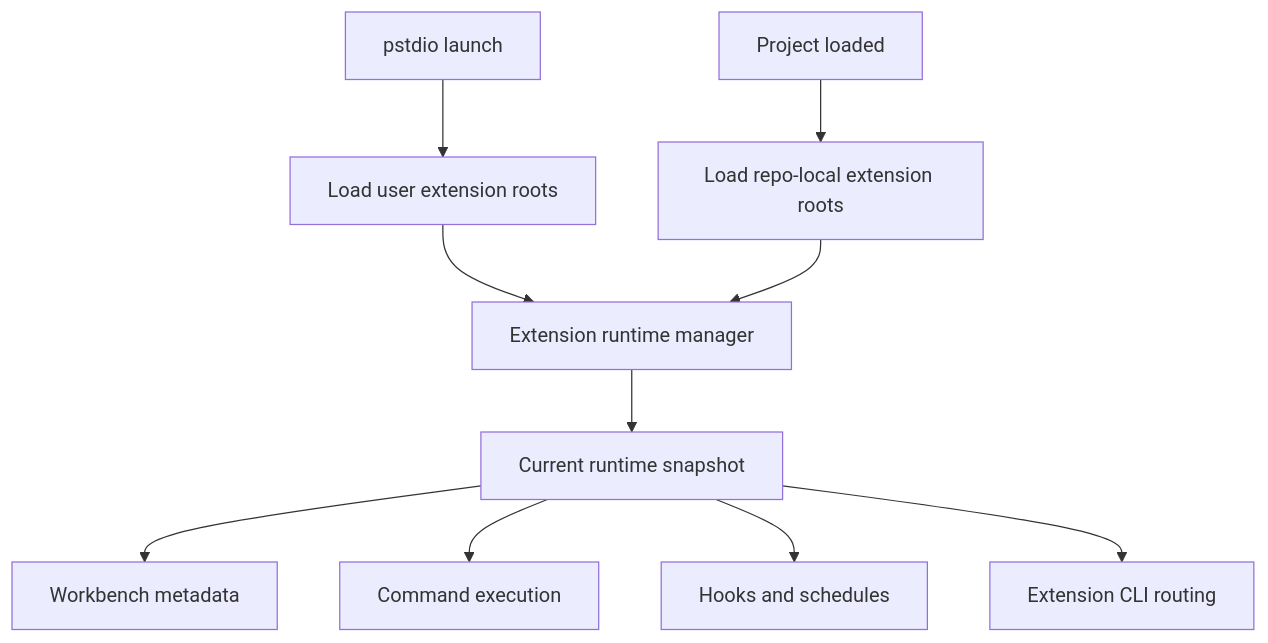
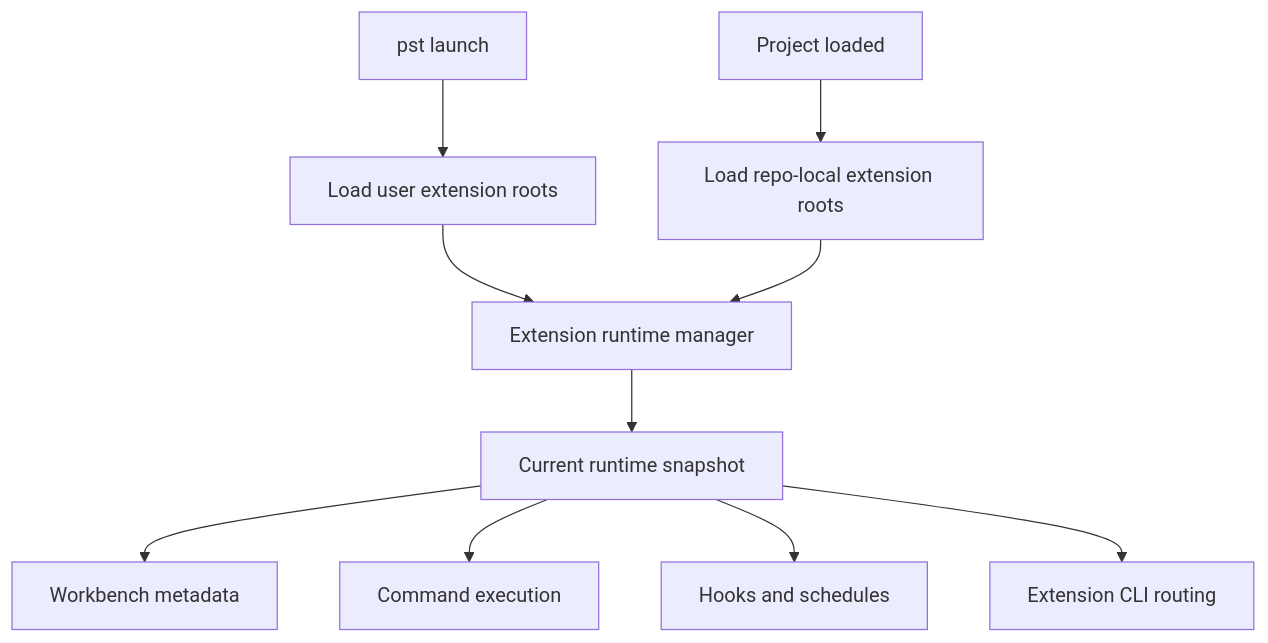
One commit to jenshorn/prompt-studio changed the first of 6 diagrams in .pstdio/docs/architecture/extensions-runtime.md. Above: the diagram before and after it, drawn with Mermaid. The commit also changed other lines of this file and 137 other files, not shown here.

````diff
--- a/.pstdio/docs/architecture/extensions-runtime.md
+++ b/.pstdio/docs/architecture/extensions-runtime.md
@@ -45,14 +45,14 @@
 ```mermaid
 graph TD
-  Launch["pstdio launch"] --> UserRoots["Load user extension roots"]
+  Launch["pst launch"] --> UserRoots["Load user extension roots"]
   Project["Project loaded"] --> RepoRoots["Load repo-local extension roots"]
 
   UserRoots --> RuntimeManager["Extension runtime manager"]
   RepoRoots --> RuntimeManager
 
   RuntimeManager --> Snapshot["Current runtime snapshot"]
   Snapshot --> Workbench["Workbench metadata"]
   Snapshot --> Commands["Command execution"]
   Snapshot --> Hooks["Hooks and schedules"]
   Snapshot --> CLI["Extension CLI routing"]
 ```
````
